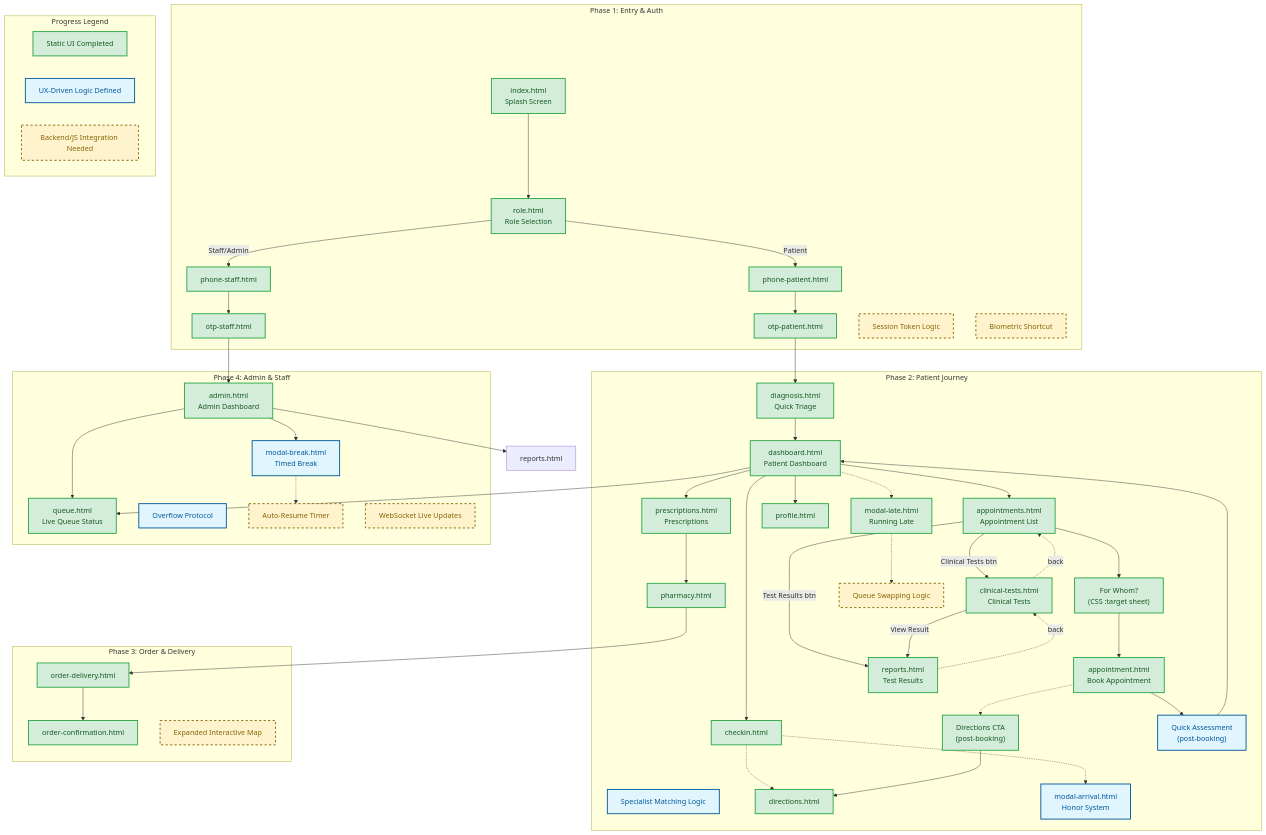
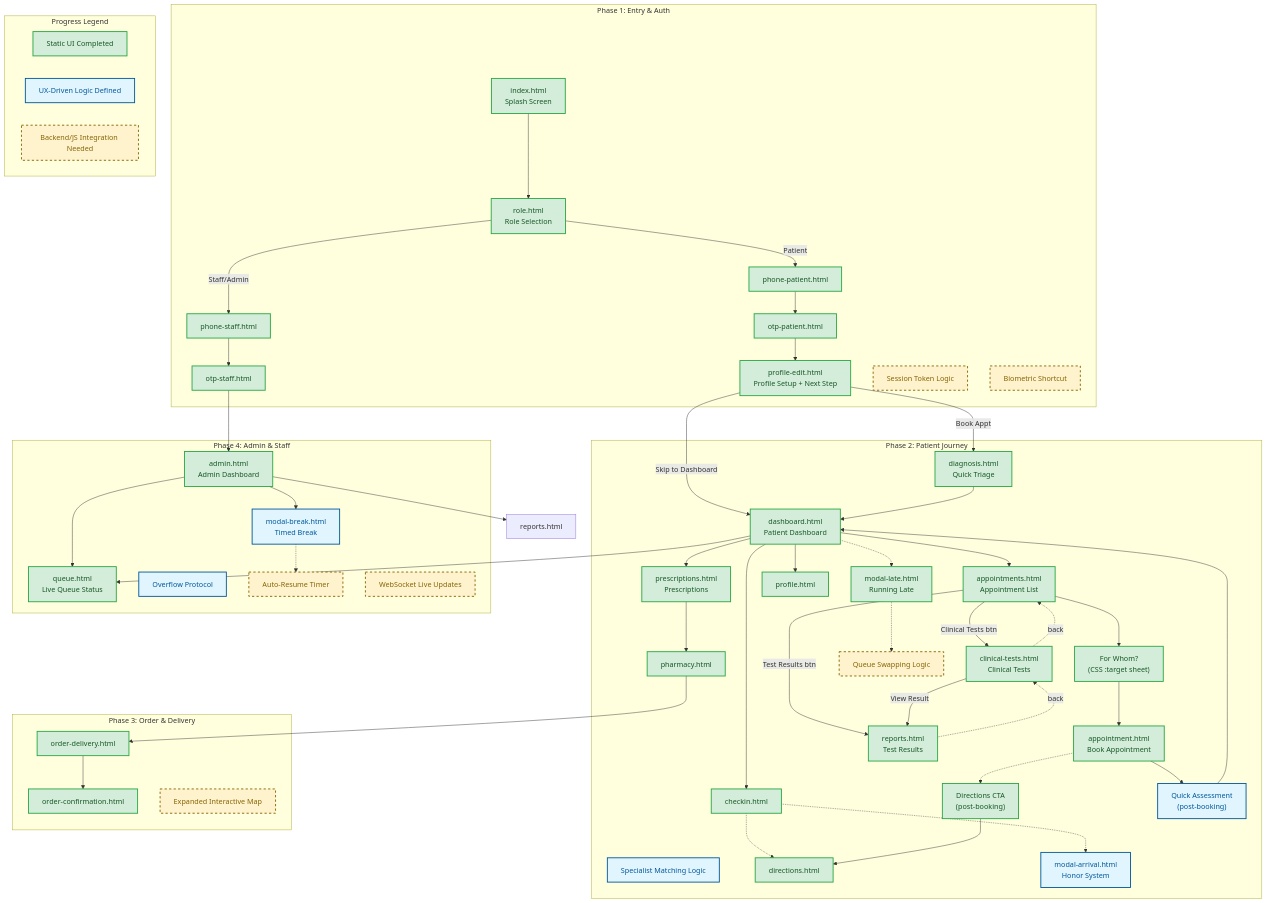
One commit to adithyaekanayaka/adithyaekanayaka.github.io changed the diagram in ARCHITECTURE.md. Above: the diagram before and after it, drawn with Mermaid. The commit also changed other lines of this file and 4 other files, not shown here.

Commit message:
feat: Implement profile setup screen and update navigation flow post-OTP verification

```diff
--- a/ARCHITECTURE.md
+++ b/ARCHITECTURE.md
@@ -20,6 +20,7 @@
         SPhone[phone-staff.html]:::completed
         POTP[otp-patient.html]:::completed
         SOTP[otp-staff.html]:::completed
+        ProfEdit[profile-edit.html<br/>Profile Setup + Next Step]:::completed
         
         Session[Session Token Logic]:::pending
         Bio[Biometric Shortcut]:::pending
@@ -66,7 +67,9 @@
 
     %% Connections
     Splash --> Role
-    Role -->|Patient| PPhone --> POTP --> Diag
+    Role -->|Patient| PPhone --> POTP --> ProfEdit
+    ProfEdit -->|Book Appt| Diag
+    ProfEdit -->|Skip to Dashboard| Dash
     Role -->|Staff/Admin| SPhone --> SOTP --> AdminD
     
     Diag --> Dash
```
